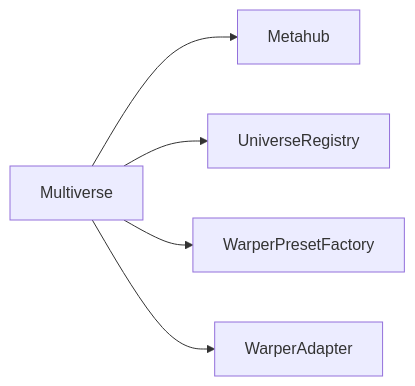
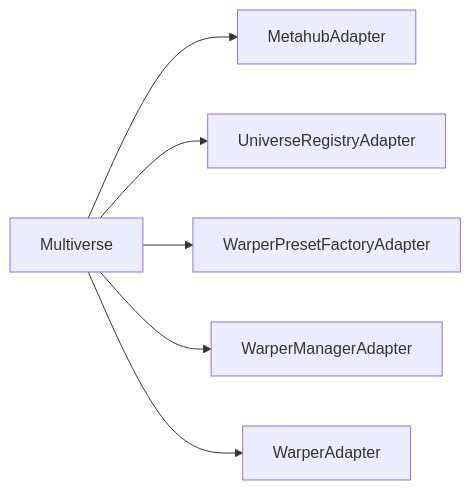
The diagram in packages/multiverse/README.md (iqlabsorg/iq-sdk-js), drawn with Mermaid before and after one commit. The commit also changed other lines of this file and 117 other files, not shown here.

````diff
--- a/packages/multiverse/README.md
+++ b/packages/multiverse/README.md
@@ -50,7 +50,8 @@
 ```mermaid
   graph LR;
-      Multiverse-->Metahub;
-      Multiverse-->UniverseRegistry;
-      Multiverse-->WarperPresetFactory;
+      Multiverse-->MetahubAdapter;
+      Multiverse-->UniverseRegistryAdapter;
+      Multiverse-->WarperPresetFactoryAdapter;
+      Multiverse-->WarperManagerAdapter;
       Multiverse-->WarperAdapter;
 ```
````
